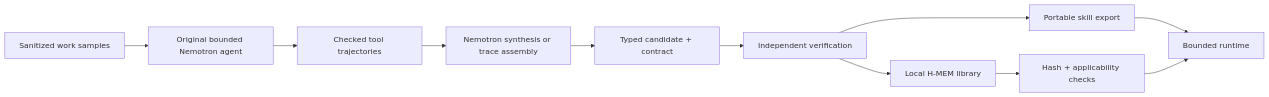
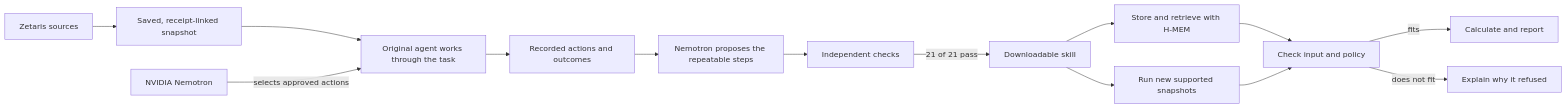
Before and after one commit to SS-360/ember-forge: the diagram in README.md, drawn with Mermaid. The commit also changed other lines of this file and 9 other files, not shown here.

````diff
--- a/README.md
+++ b/README.md
@@ -155,13 +37,16 @@
 ```mermaid
 flowchart LR
-    I[Sanitized work samples] --> O[Original bounded Nemotron agent]
-    O --> T[Checked tool trajectories]
-    T --> A[Nemotron synthesis or trace assembly]
-    A --> C[Typed candidate + contract]
-    C --> V[Independent verification]
-    V --> E[Portable skill export]
-    V --> M[Local H-MEM library]
-    E --> R[Bounded runtime]
-    M --> G[Hash + applicability checks]
-    G --> R
+    Z[Zetaris sources] --> S[Saved, receipt-linked snapshot]
+    S --> A[Original agent works through the task]
+    N[NVIDIA Nemotron] -->|selects approved actions| A
+    A --> T[Recorded actions and outcomes]
+    T --> C[Nemotron proposes the repeatable steps]
+    C --> V[Independent checks]
+    V -->|21 of 21 pass| E[Downloadable skill]
+    E --> R[Run new supported snapshots]
+    E --> H[Store and retrieve with H-MEM]
+    H --> G[Check input and policy]
+    R --> G
+    G -->|fits| X[Calculate and report]
+    G -->|does not fit| U[Explain why it refused]
 ```
````
